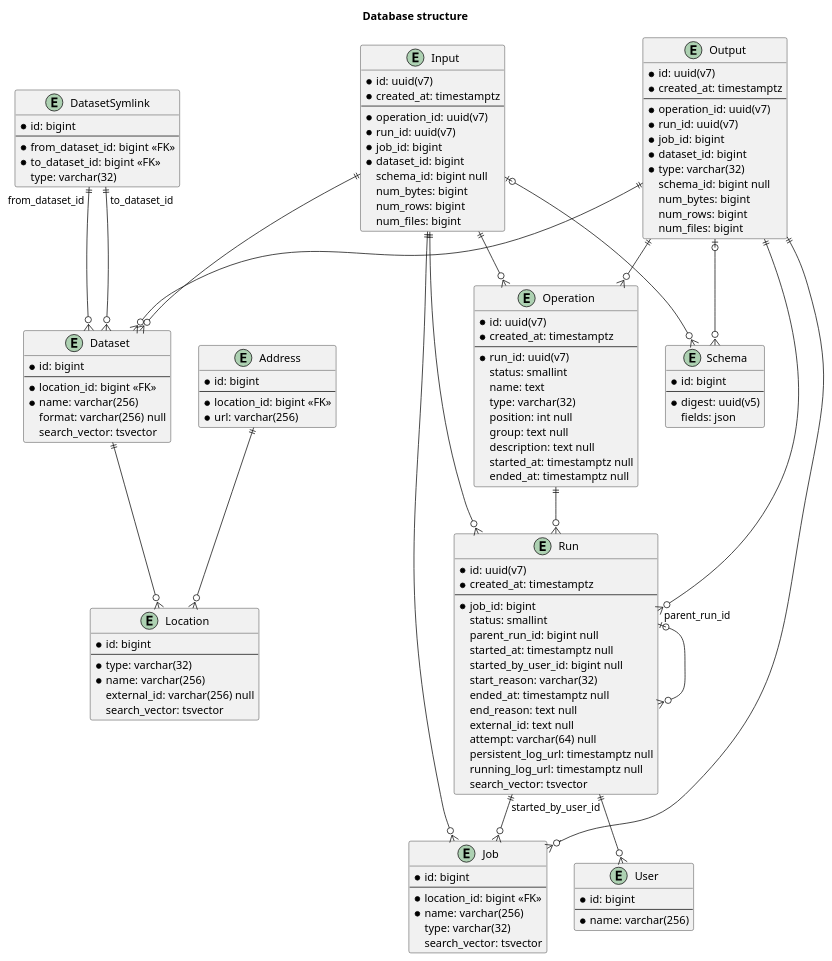
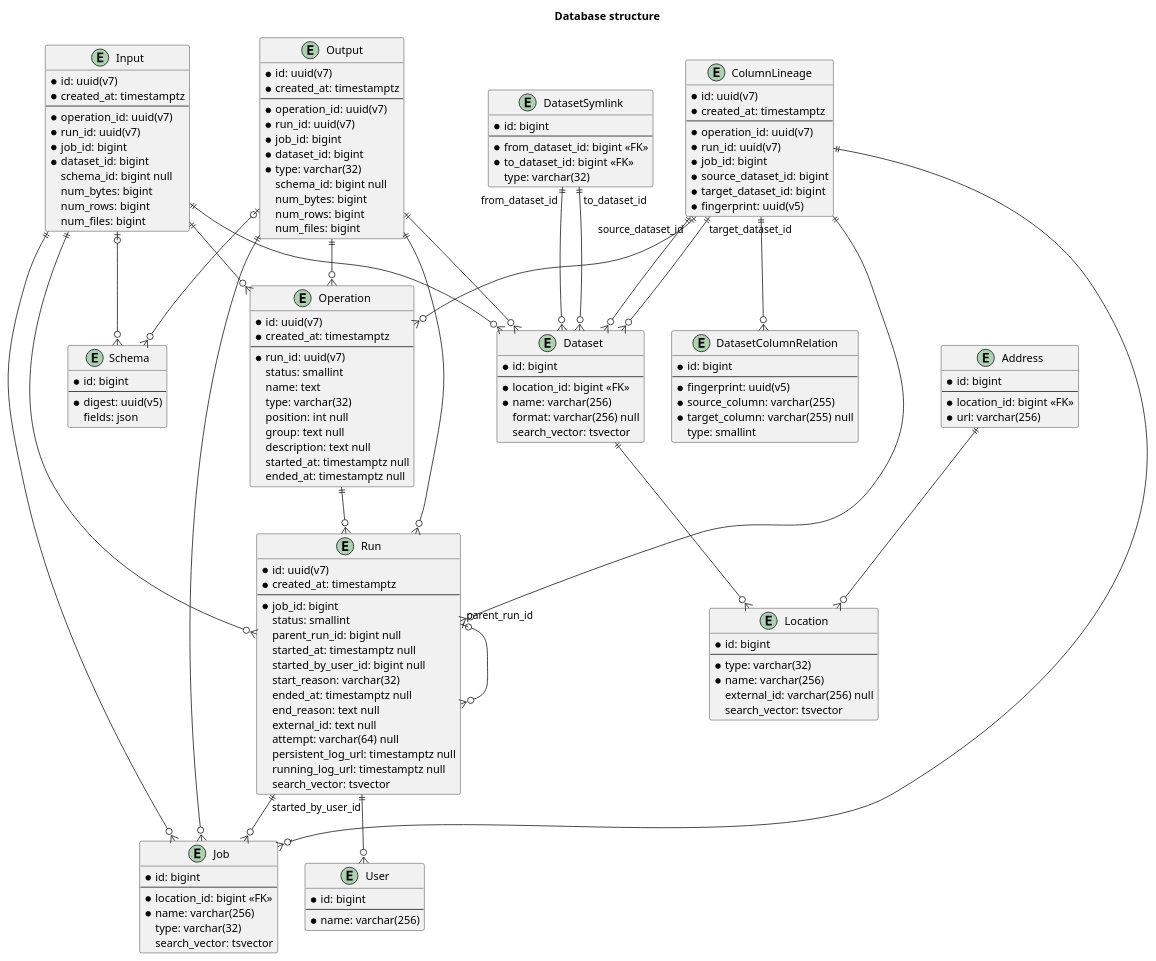
Before and after one commit to MobileTeleSystems/data-rentgen: the diagram in docs/reference/database/structure.rst, drawn with PlantUML. The commit also changed 5 other files, not shown here.

Commit message:
[DOP-22364] Add column lineage tables

```diff
--- a/docs/reference/database/structure.rst
+++ b/docs/reference/database/structure.rst
@@ -128,6 +128,27 @@
         num_files: bigint
     }
 
+    entity DatasetColumnRelation {
+        * id: bigint
+        ----
+        * fingerprint: uuid(v5)
+        * source_column: varchar(255)
+        * target_column: varchar(255) null
+        type: smallint
+    }
+
+    entity ColumnLineage {
+        * id: uuid(v7)
+        * created_at: timestamptz
+        ----
+        * operation_id: uuid(v7)
+        * run_id: uuid(v7)
+        * job_id: bigint
+        * source_dataset_id: bigint
+        * target_dataset_id: bigint
+        * fingerprint: uuid(v5)
+    }
+
     Address ||--o{ Location
 
     Dataset ||--o{ Location
@@ -153,4 +174,11 @@
     Output ||--o{ Dataset
     Output |o--o{ Schema
 
+    ColumnLineage ||--o{ Operation
+    ColumnLineage ||--o{ Run
+    ColumnLineage ||--o{ Job
+    ColumnLineage "source_dataset_id" ||--o{ Dataset
+    ColumnLineage "target_dataset_id" ||--o{ Dataset
+    ColumnLineage ||--o{ DatasetColumnRelation
+
     @enduml
```
